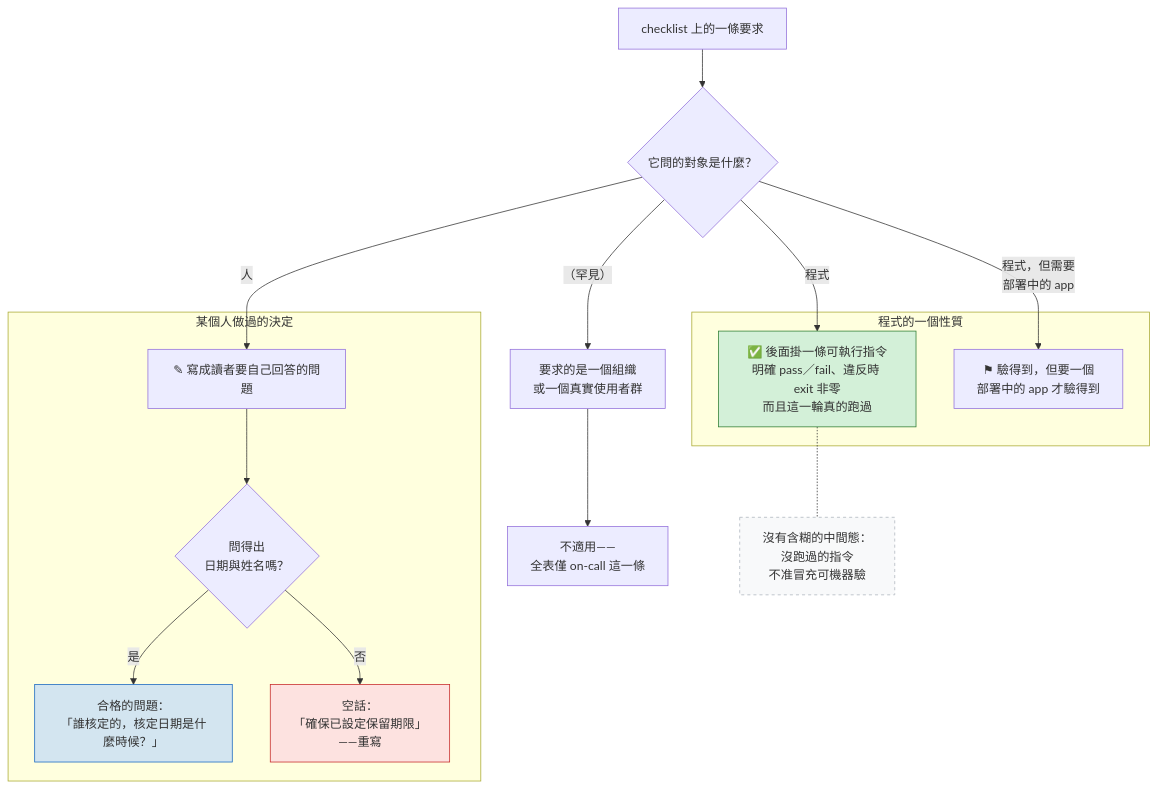
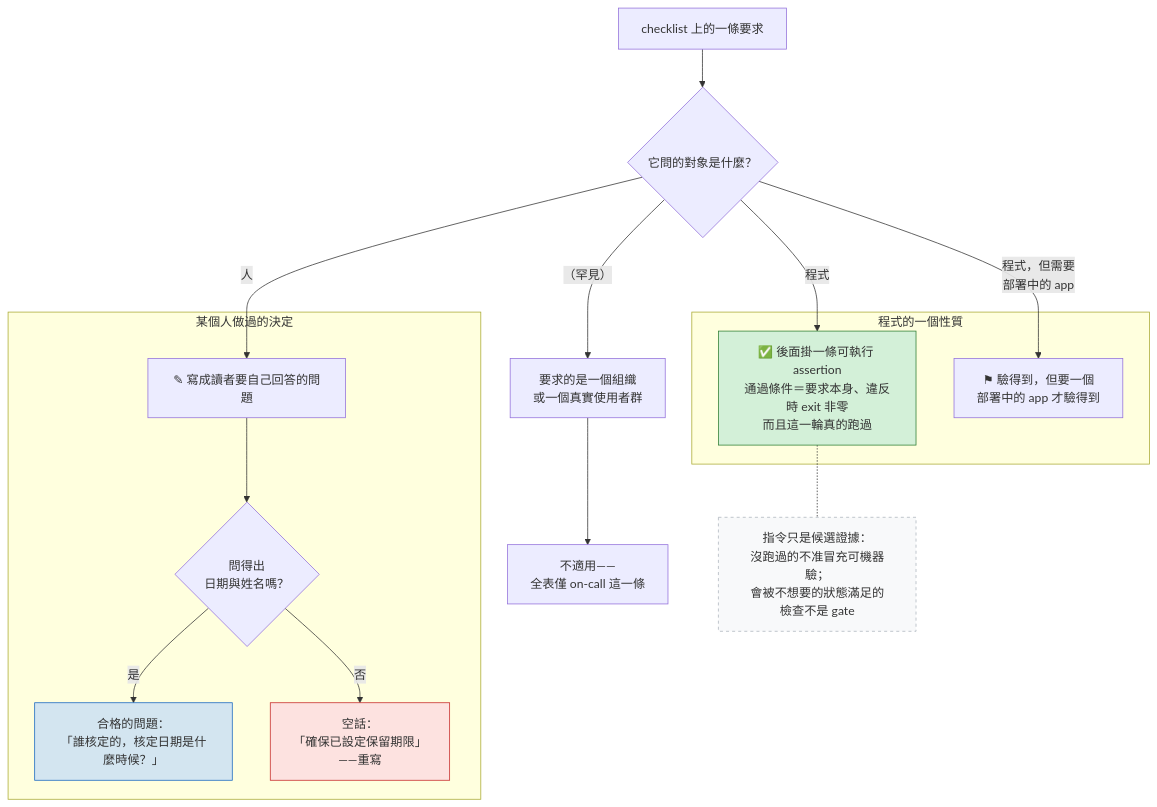
The diagram in docs/diagrams/readiness-dividing-line.zh-tw.mmd (kehao-playground/azure-genai-backend-lab), drawn with Mermaid before and after one commit. The commit also changed 6 other files, not shown here.

```diff
--- a/docs/diagrams/readiness-dividing-line.zh-tw.mmd
+++ b/docs/diagrams/readiness-dividing-line.zh-tw.mmd
@@ -1,37 +1,37 @@
 %% Publication source (zh-TW) for the Day 29 article figure.
 %% English semantic companion: readiness-dividing-line.md — keep the two in the same topology.
 %% The planning repo stores only the rendered PNG snapshot (proposal 005).
 flowchart TB
     req["checklist 上的一條要求"]
     q{"它問的對象是什麼？"}
     req --> q
 
     subgraph codeside["程式的一個性質"]
-        cmd["✅ 後面掛一條可執行指令<br/>明確 pass／fail、違反時 exit 非零<br/>而且這一輪真的跑過"]
+        cmd["✅ 後面掛一條可執行 assertion<br/>通過條件＝要求本身、違反時 exit 非零<br/>而且這一輪真的跑過"]
         live["⚑ 驗得到，但要一個<br/>部署中的 app 才驗得到"]
     end
 
     subgraph personside["某個人做過的決定"]
         question["✎ 寫成讀者要自己回答的問題"]
         dated{"問得出<br/>日期與姓名嗎？"}
         good["合格的問題：<br/>「誰核定的，核定日期是什麼時候？」"]
         empty["空話：<br/>「確保已設定保留期限」<br/>——重寫"]
         question --> dated
         dated -->|"是"| good
         dated -->|"否"| empty
     end
 
     q -->|"程式"| cmd
     q -->|"程式，但需要<br/>部署中的 app"| live
     q -->|"人"| question
 
     oos["要求的是一個組織<br/>或一個真實使用者群"]
     na["不適用——<br/>全表僅 on-call 這一條"]
     q -->|"（罕見）"| oos --> na
 
-    cmd -.- warn["沒有含糊的中間態：<br/>沒跑過的指令<br/>不准冒充可機器驗"]
+    cmd -.- warn["指令只是候選證據：<br/>沒跑過的不准冒充可機器驗；<br/>會被不想要的狀態滿足的<br/>檢查不是 gate"]
 
     style cmd fill:#d3f0d8,stroke:#2e7d32
     style good fill:#d3e5f0,stroke:#1565c0
     style empty fill:#fde2e0,stroke:#c62828
     style warn fill:#f8f9fa,stroke:#adb5bd,stroke-dasharray:4
```
